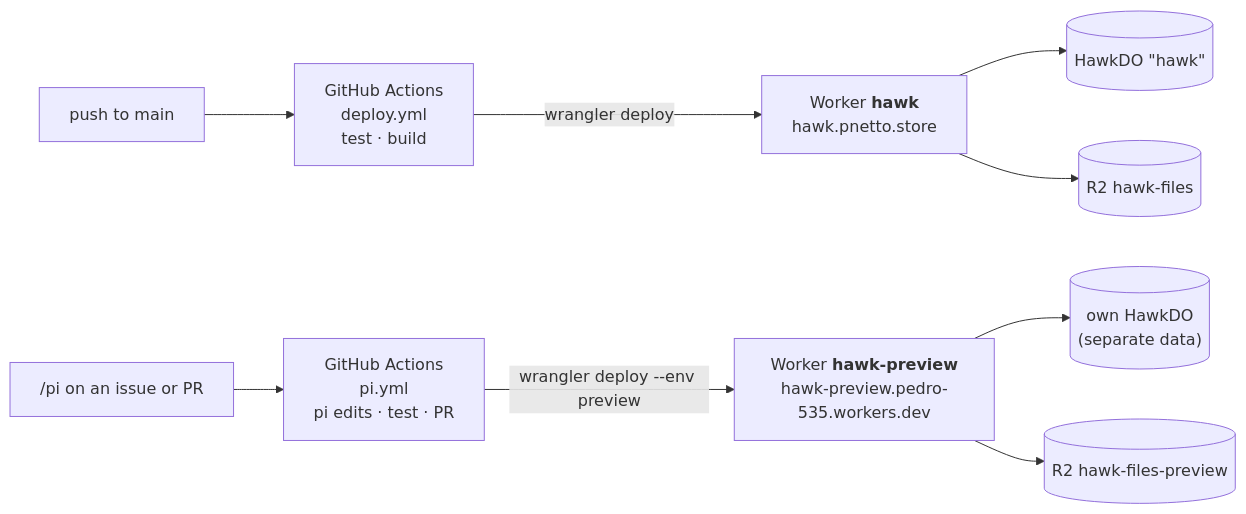
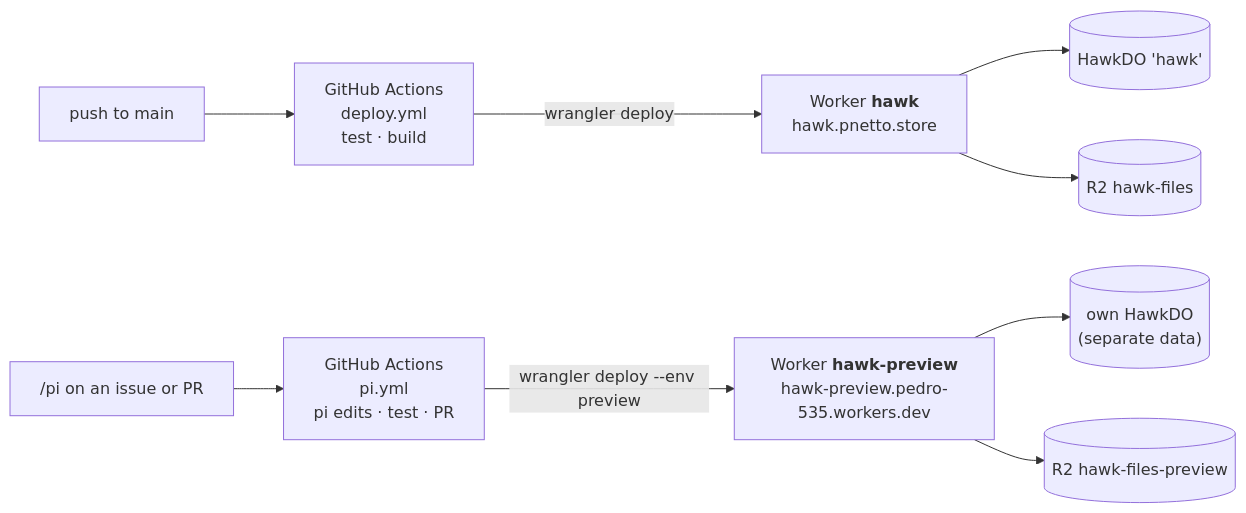
One commit to pnettto/hawk changed the second of 2 diagrams in docs/architecture.md. Above: the diagram before and after it, drawn with Mermaid. The commit also changed other lines of this file, not shown here.

Commit message:
Fix Mermaid parse error on GitHub

````diff
--- a/docs/architecture.md
+++ b/docs/architecture.md
@@ -34,9 +34,9 @@
 ```mermaid
 flowchart LR
   push["push to main"] --> ci["GitHub Actions<br/>deploy.yml<br/>test · build"] -- "wrangler deploy" --> prod["Worker <b>hawk</b><br/>hawk.pnetto.store"]
   pi["/pi on an issue or PR"] --> piwf["GitHub Actions<br/>pi.yml<br/>pi edits · test · PR"] -- "wrangler deploy --env preview" --> prev["Worker <b>hawk-preview</b><br/>hawk-preview.pedro-535.workers.dev"]
   prev --> prevdo[("own HawkDO<br/>(separate data)")]
   prev --> prevr2[("R2 hawk-files-preview")]
-  prod --> proddo[("HawkDO &quot;hawk&quot;")]
+  prod --> proddo[("HawkDO 'hawk'")]
   prod --> prodr2[("R2 hawk-files")]
 ```
````
